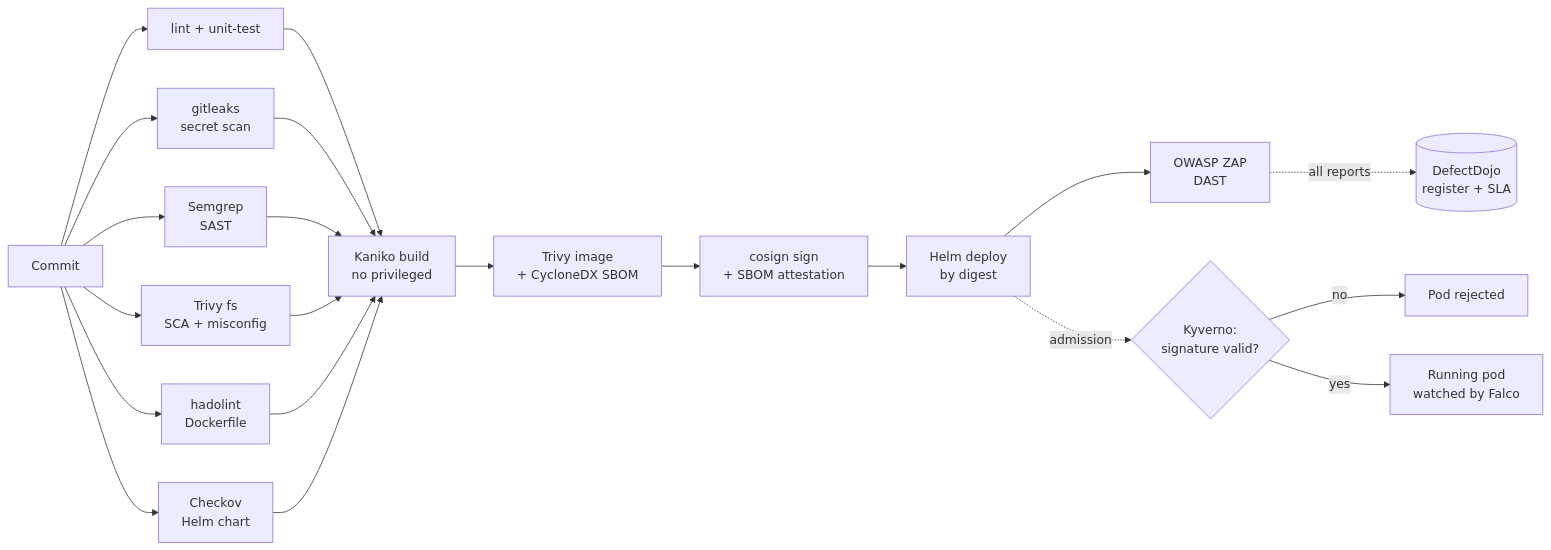
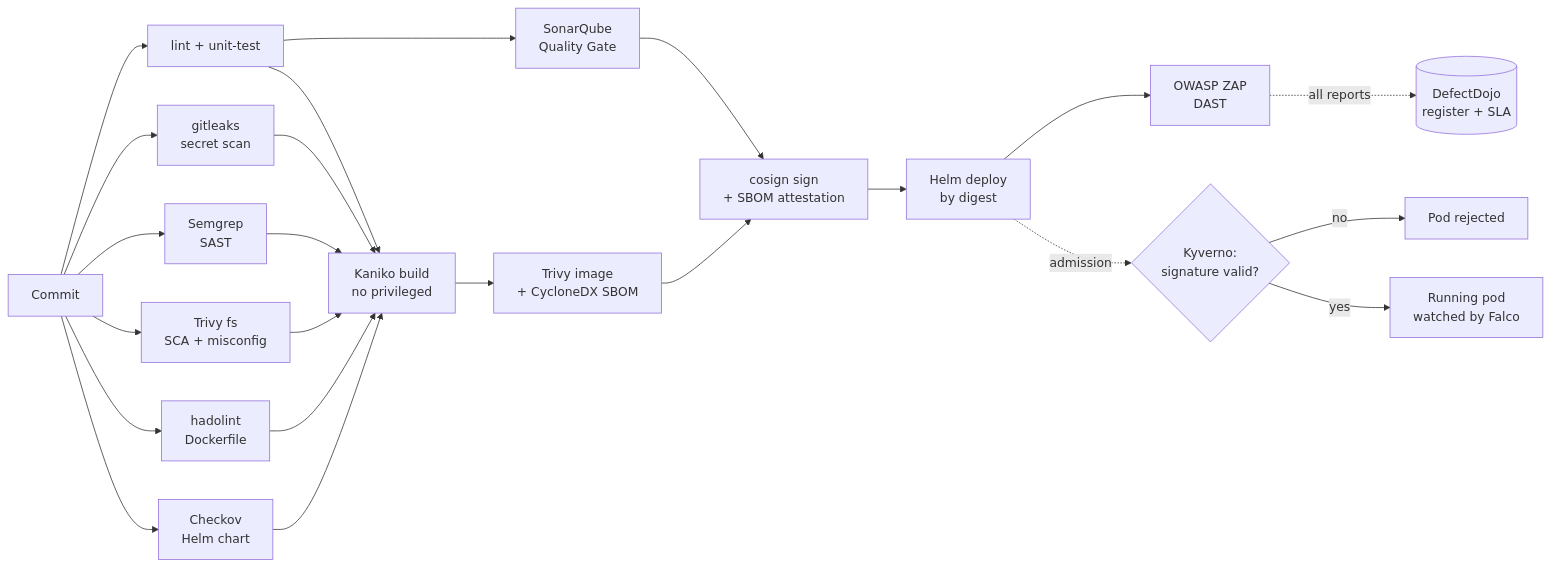
Before and after one commit to onurcarkcioglu/catalog-api: the diagram in README.md, drawn with Mermaid. The commit also changed other lines of this file and 1 other file, not shown here.

Commit message:
docs: README ve CLAUDE.md pipeline zinciri sonarqube isiyle guncel

````diff
--- a/README.md
+++ b/README.md
@@ -23,18 +23,19 @@
 ```mermaid
 flowchart LR
     A[Commit] --> B[lint + unit-test]
+    B --> S[SonarQube<br/>Quality Gate]
     A --> C[gitleaks<br/>secret scan]
     A --> D[Semgrep<br/>SAST]
     A --> E[Trivy fs<br/>SCA + misconfig]
     A --> M[hadolint<br/>Dockerfile]
     A --> N[Checkov<br/>Helm chart]
     B & C & D & E & M & N --> F[Kaniko build<br/>no privileged]
     F --> G[Trivy image<br/>+ CycloneDX SBOM]
-    G --> H[cosign sign<br/>+ SBOM attestation]
+    G & S --> H[cosign sign<br/>+ SBOM attestation]
     H --> I[Helm deploy<br/>by digest]
     I --> J[OWASP ZAP<br/>DAST]
     J -. all reports .-> R[(DefectDojo<br/>register + SLA)]
     I -. admission .-> K{Kyverno:<br/>signature valid?}
     K -- no --> X[Pod rejected]
     K -- yes --> L[Running pod<br/>watched by Falco]
 ```
````
